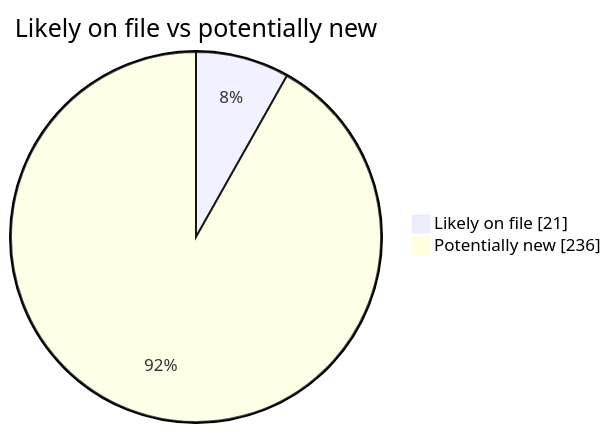
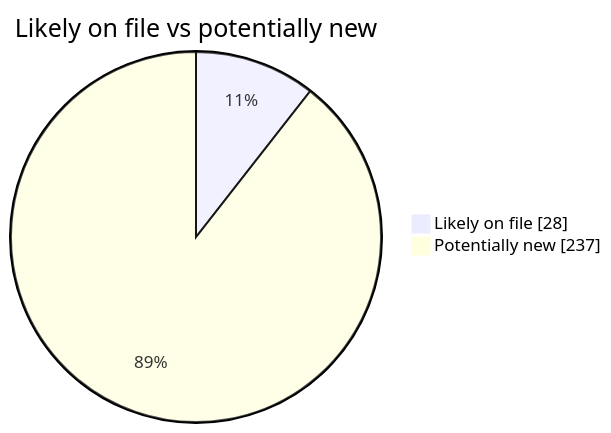
One commit to martinbalfanz/social-scanner-reports changed the second of 4 diagrams in README.md. Above: the diagram before and after it, drawn with Mermaid. The commit also changed other lines of this file and 2 other files, not shown here.

````diff
--- a/README.md
+++ b/README.md
@@ -40,5 +40,5 @@
 ```mermaid
 pie showData title Likely on file vs potentially new
-    "Likely on file" : 21
-    "Potentially new" : 236
+    "Likely on file" : 28
+    "Potentially new" : 237
 ```
````
